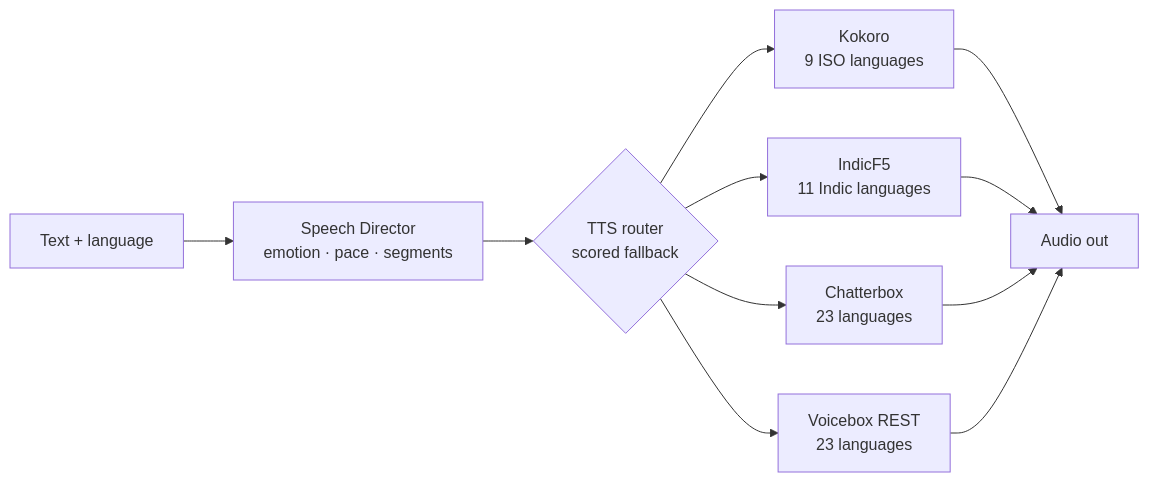
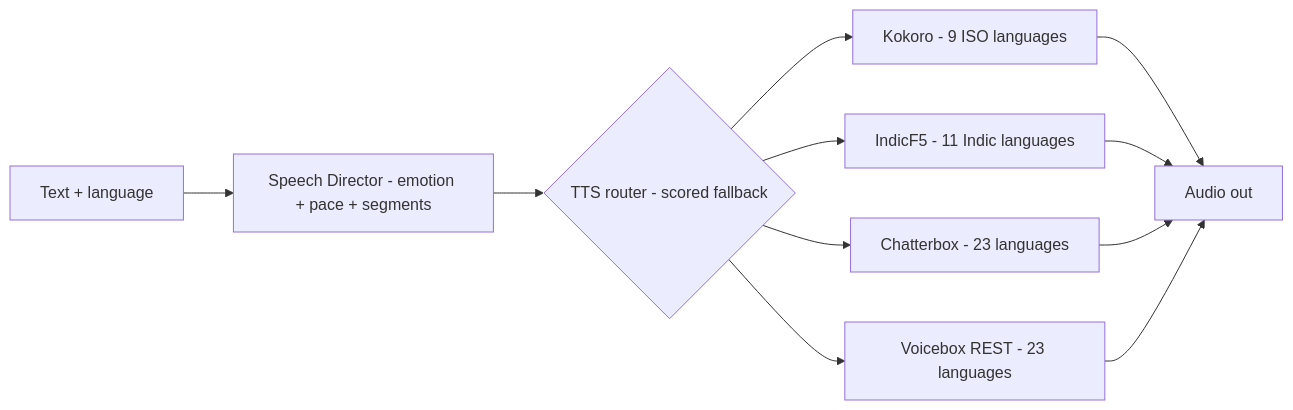
Diagram 12 of 18 in README.md (MrDecryptDecipher/EmilyOS), drawn with Mermaid before and after one commit. The commit also changed other lines of this file and 1 other file, not shown here.

First line of the commit message:
docs: fix Mermaid rendering on GitHub + add inline launch-film GIF

````diff
--- a/README.md
+++ b/README.md
@@ -332,13 +339,13 @@
 ```mermaid
 flowchart LR
-  T["Text + language"] --> SD["Speech Director<br/>emotion · pace · segments"]
-  SD --> RT{"TTS router<br/>scored fallback"}
-  RT --> K["Kokoro<br/>9 ISO languages"]
-  RT --> I["IndicF5<br/>11 Indic languages"]
-  RT --> C["Chatterbox<br/>23 languages"]
-  RT --> VB["Voicebox REST<br/>23 languages"]
+  T["Text + language"] --> SD["Speech Director - emotion + pace + segments"]
+  SD --> RT{"TTS router - scored fallback"}
+  RT --> K["Kokoro - 9 ISO languages"]
+  RT --> I["IndicF5 - 11 Indic languages"]
+  RT --> C["Chatterbox - 23 languages"]
+  RT --> VB["Voicebox REST - 23 languages"]
   K --> OUT["Audio out"]
   I --> OUT
   C --> OUT
   VB --> OUT
 ```
````
